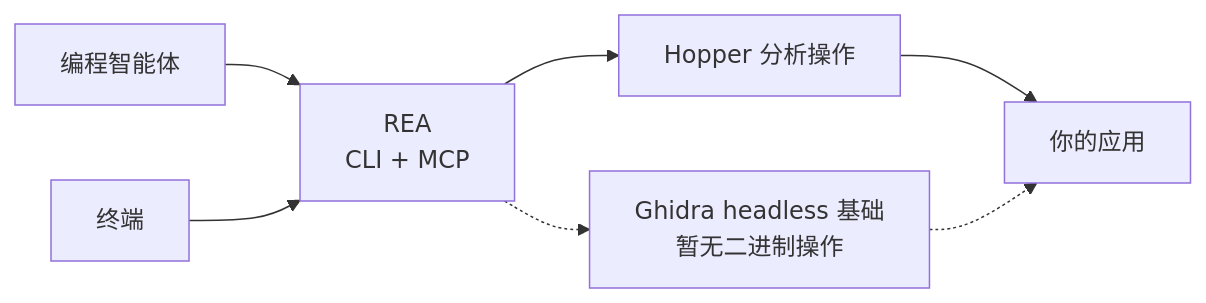
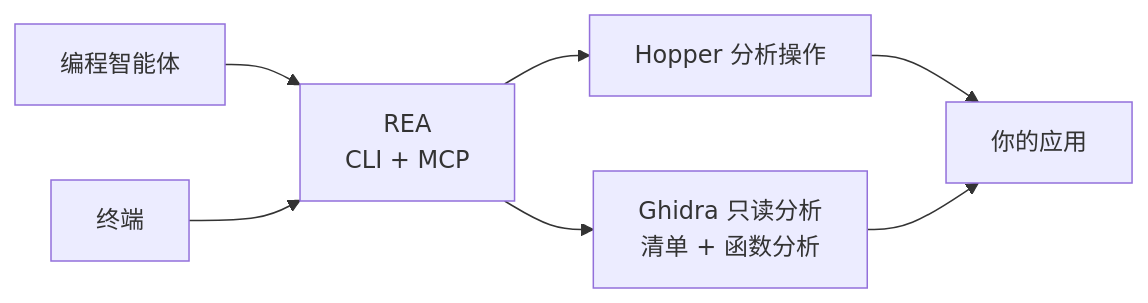
Before and after one commit to bryankwandou/rea: the diagram in README_zh.md, drawn with Mermaid. The commit also changed other lines of this file and 130 other files, not shown here.

````diff
--- a/README_zh.md
+++ b/README_zh.md
@@ -179,9 +179,9 @@
 ```mermaid
 flowchart LR
     Agent["编程智能体"] --> REA["REA<br/>CLI + MCP"]
     Terminal["终端"] --> REA
     REA --> Hopper["Hopper 分析操作"]
     Hopper --> App["你的应用"]
-    REA -.-> Ghidra["Ghidra headless 基础<br/>暂无二进制操作"]
-    Ghidra -.-> App
+    REA --> Ghidra["Ghidra 只读分析<br/>清单 + 函数分析"]
+    Ghidra --> App
 ```
````
